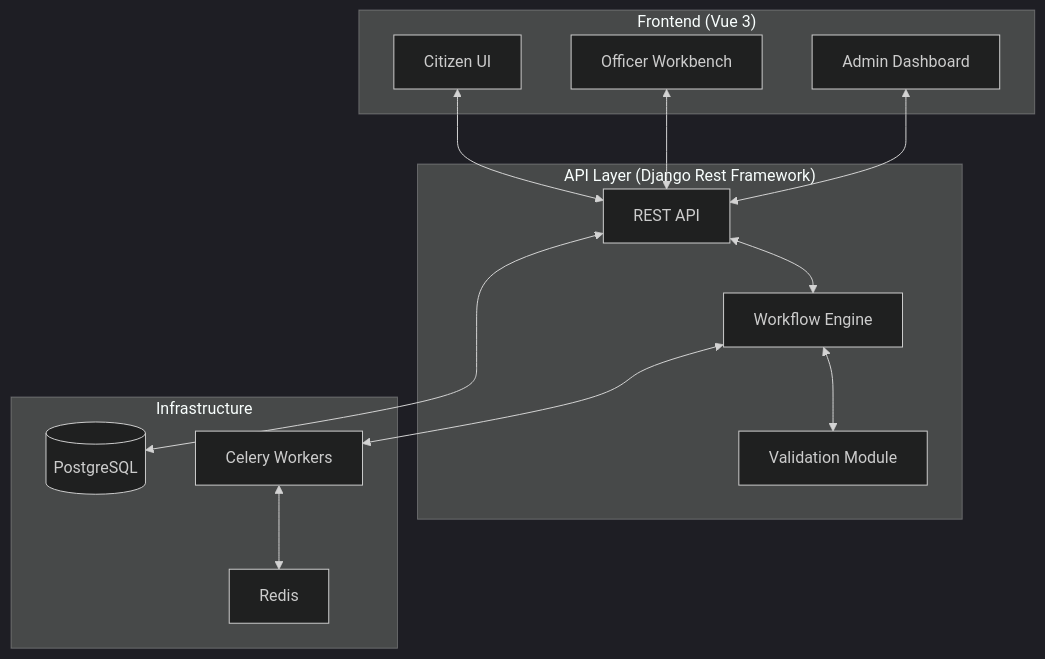
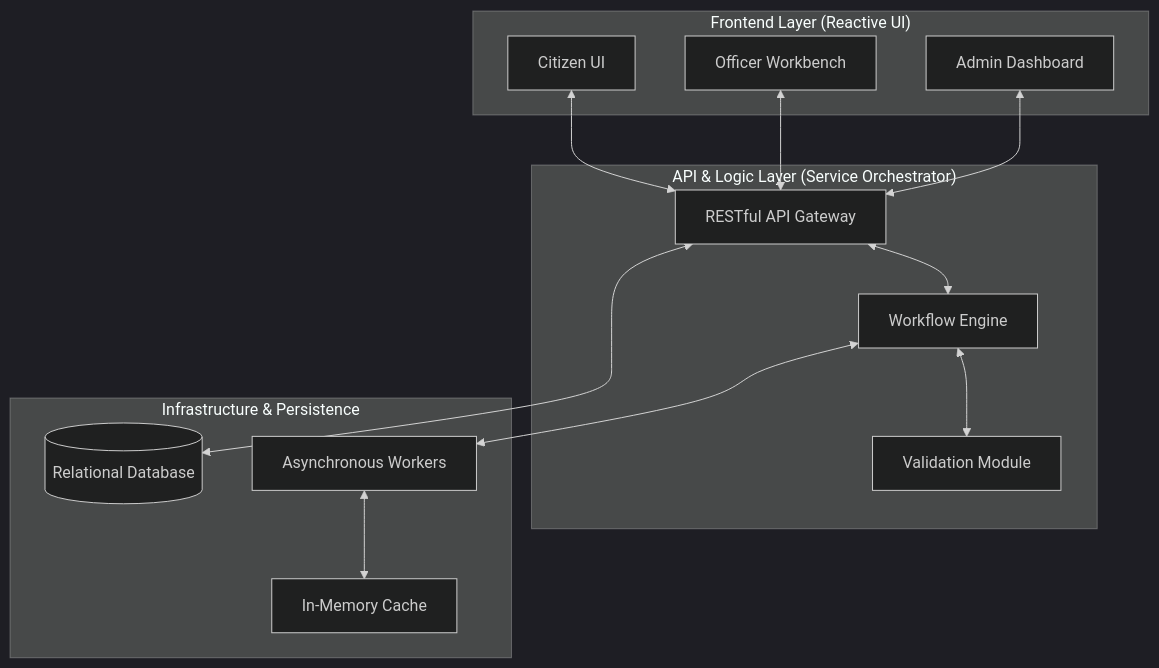
The first of 2 diagrams in frontend/public/poc_system_design_documents.md (BITZ-IT-Consulting-LTD/ictapoc), drawn with Mermaid (dark theme) before and after one commit. The commit also changed other lines of this file and 7122 other files, not shown here.

````diff
--- a/frontend/public/poc_system_design_documents.md
+++ b/frontend/public/poc_system_design_documents.md
@@ -9,27 +9,27 @@
 ```mermaid
 graph TD
-    subgraph "Frontend (Vue 3)"
+    subgraph "Frontend Layer (Reactive UI)"
         CUI[Citizen UI]
         OWB[Officer Workbench]
         ADM[Admin Dashboard]
     end
 
-    subgraph "API Layer (Django Rest Framework)"
-        RA[REST API]
+    subgraph "API & Logic Layer (Service Orchestrator)"
+        RA[RESTful API Gateway]
         WE[Workflow Engine]
         VAL[Validation Module]
     end
 
-    subgraph "Infrastructure"
-        DB[(PostgreSQL)]
-        RED[Redis]
-        CEL[Celery Workers]
+    subgraph "Infrastructure & Persistence"
+        DB[(Relational Database)]
+        RED[In-Memory Cache]
+        CEL[Asynchronous Workers]
     end
 
     CUI & OWB & ADM <--> RA
     RA <--> WE
     WE <--> VAL
     RA <--> DB
     WE <--> CEL
     CEL <--> RED
 ```
````
